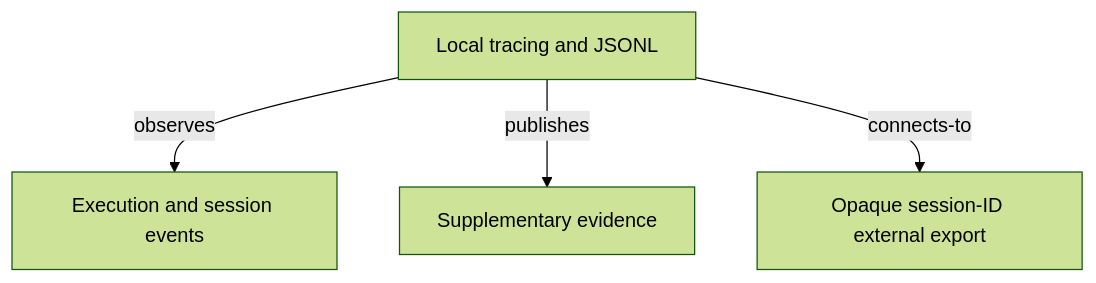
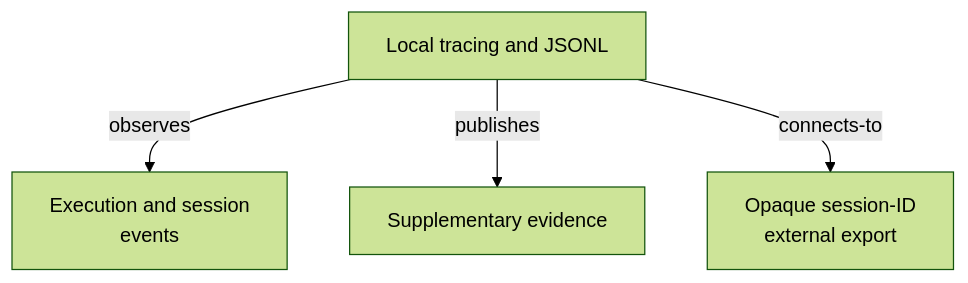
Before and after one commit to abstract-business-systems/as-is: the diagram in components/observability/as-is.md, drawn with Mermaid (forest theme). The commit also changed 47 other files, not shown here.

Commit message:
docs(diagrams): improve Mermaid readability validation

````diff
--- a/components/observability/as-is.md
+++ b/components/observability/as-is.md
@@ -21,6 +21,6 @@
 ```mermaid
 flowchart TD
-    B["Local tracing and JSONL"] -->|observes| A["Execution and session events"]
+    B["Local tracing and JSONL"] -->|observes| A["Execution and session<br/>events"]
     B -->|publishes| C["Supplementary evidence"]
-    B -->|connects-to| D["Opaque session-ID external export"]
+    B -->|connects-to| D["Opaque session-ID<br/>external export"]
 ```
````
